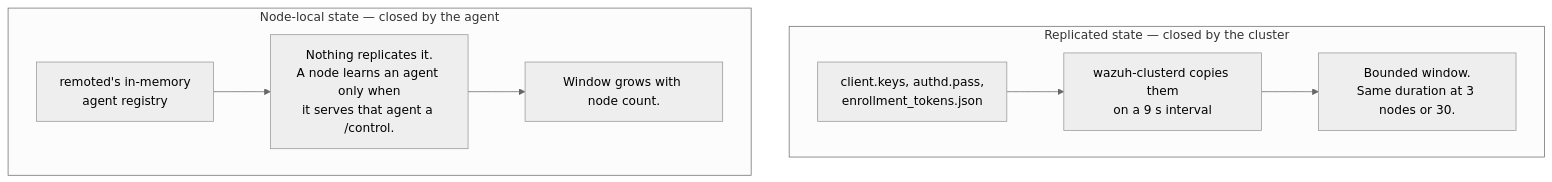
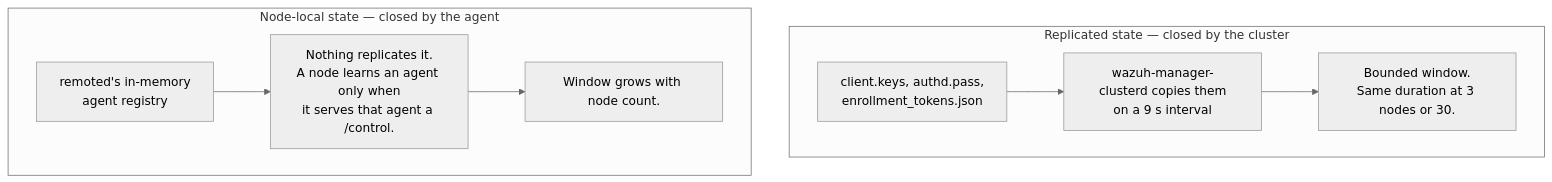
The sixth of 8 diagrams in docs/ref/modules/cluster/lb.md (wazuh/wazuh), drawn with Mermaid (neutral theme) before and after one commit. The commit also changed other lines of this file and 28 other files, not shown here.

````diff
--- a/docs/ref/modules/cluster/lb.md
+++ b/docs/ref/modules/cluster/lb.md
@@ -236,11 +236,11 @@
 ```mermaid
 flowchart TB
     subgraph R["Replicated state — closed by the cluster"]
-        R1["client.keys, authd.pass,<br/>enrollment_tokens.json"] --> R2["wazuh-clusterd copies them<br/>on a 9 s interval"]
+        R1["client.keys, authd.pass,<br/>enrollment_tokens.json"] --> R2["wazuh-manager-clusterd copies them<br/>on a 9 s interval"]
         R2 --> R3["Bounded window.<br/>Same duration at 3 nodes or 30."]
     end
     subgraph L["Node-local state — closed by the agent"]
         L1["remoted's in-memory<br/>agent registry"] --> L2["Nothing replicates it.<br/>A node learns an agent only when<br/>it serves that agent a /control."]
         L2 --> L3["Window grows with node count."]
     end
 ```
````
